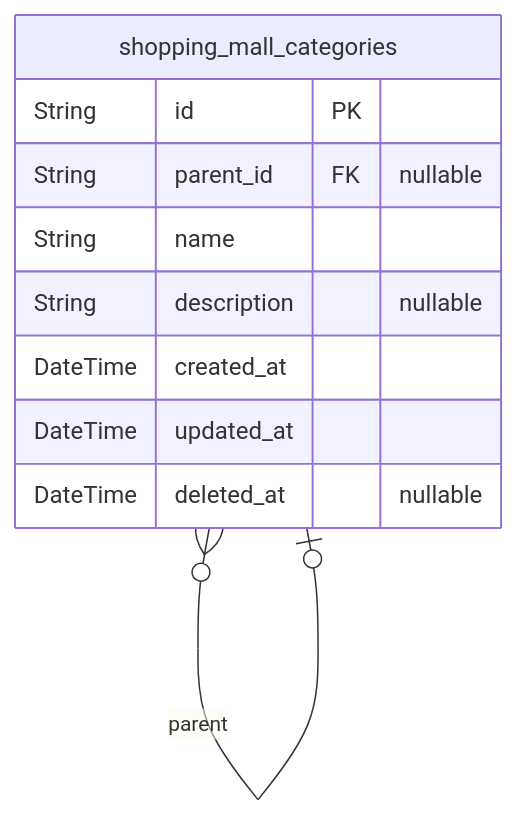
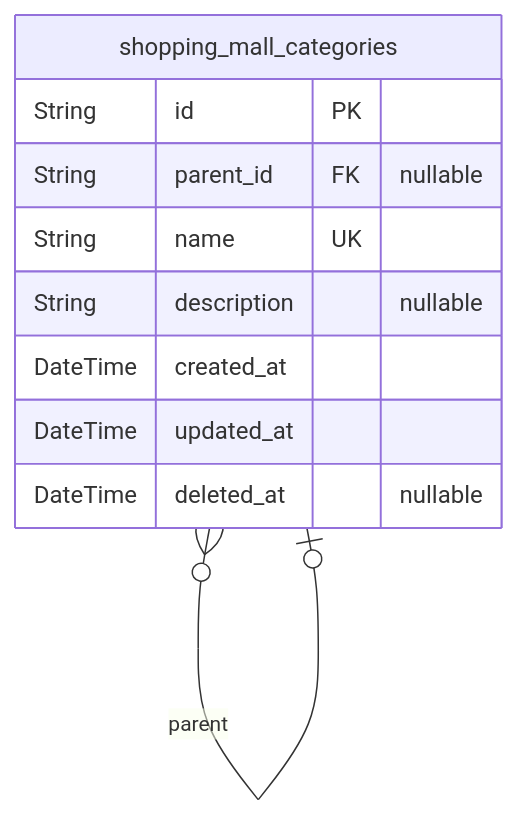
Before and after one commit to wrtnlabs/autobe-examples: the second of 9 diagrams in z-ai/glm-5/shopping/docs/ERD.md, drawn with Mermaid. The commit also changed other lines of this file and 17098 other files, not shown here.

````diff
--- a/z-ai/glm-5/shopping/docs/ERD.md
+++ b/z-ai/glm-5/shopping/docs/ERD.md
@@ -495,13 +474,13 @@
 ```mermaid
 erDiagram
 "shopping_mall_categories" {
   String id PK
   String parent_id FK "nullable"
-  String name
+  String name UK
   String description "nullable"
   DateTime created_at
   DateTime updated_at
   DateTime deleted_at "nullable"
 }
 "shopping_mall_categories" }o--o| "shopping_mall_categories" : parent
 ```
````
